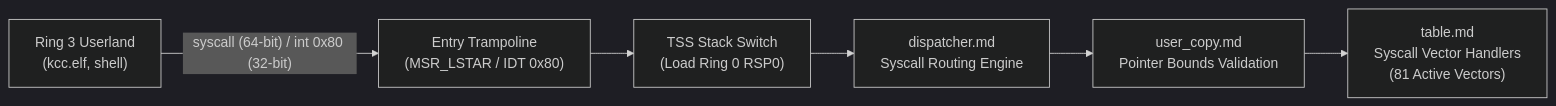
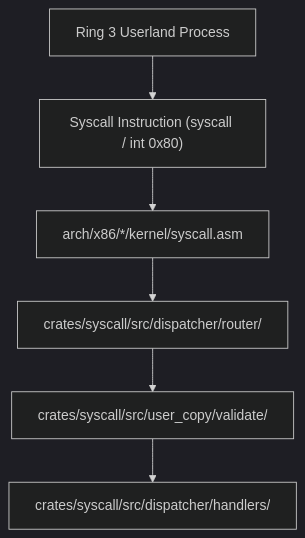
The diagram in docs/syscall/README.md (mrvlous/keira), drawn with Mermaid (dark theme) before and after one commit. The commit also changed other lines of this file and 15 other files, not shown here.

Commit message:
docs(syscall): modularize system call vector table, dispatcher and bounds documentation

````diff
--- a/docs/syscall/README.md
+++ b/docs/syscall/README.md
@@ -11,8 +11,8 @@
 ```mermaid
-graph LR
-    User["Ring 3 Userland<br/>(kcc.elf, shell)"] -->|"syscall (64-bit) / int 0x80 (32-bit)"| Entry["Entry Trampoline<br/>(MSR_LSTAR / IDT 0x80)"]
-    Entry --> TSS["TSS Stack Switch<br/>(Load Ring 0 RSP0)"]
-    TSS --> Dispatch["dispatcher.md<br/>Syscall Routing Engine"]
-    Dispatch --> Valid["user_copy.md<br/>Pointer Bounds Validation"]
-    Valid --> Table["table.md<br/>Syscall Vector Handlers<br/>(81 Active Vectors)"]
+graph TD
+    User["Ring 3 Userland Process"] --> Trap["Syscall Instruction (syscall / int 0x80)"]
+    Trap --> LowLevel["arch/x86/*/kernel/syscall.asm"]
+    LowLevel --> Dispatcher["crates/syscall/src/dispatcher/router/"]
+    Dispatcher --> Validation["crates/syscall/src/user_copy/validate/"]
+    Validation --> Handlers["crates/syscall/src/dispatcher/handlers/"]
 ```
````
